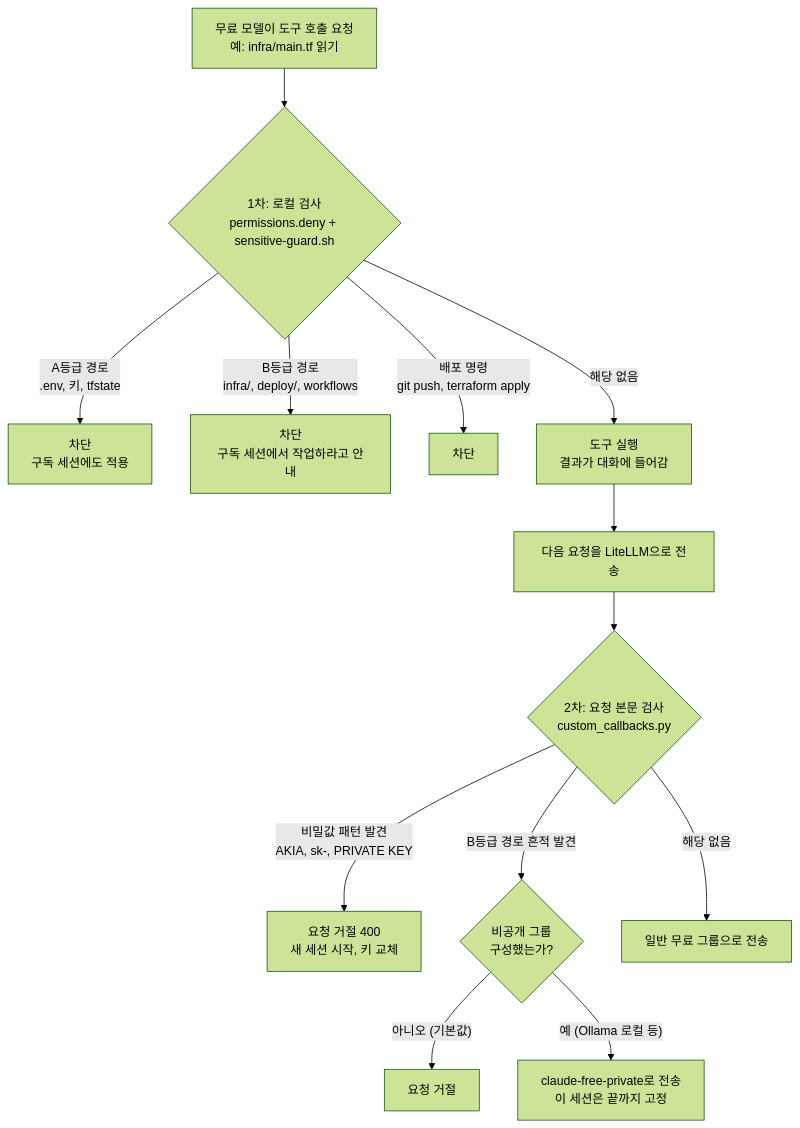
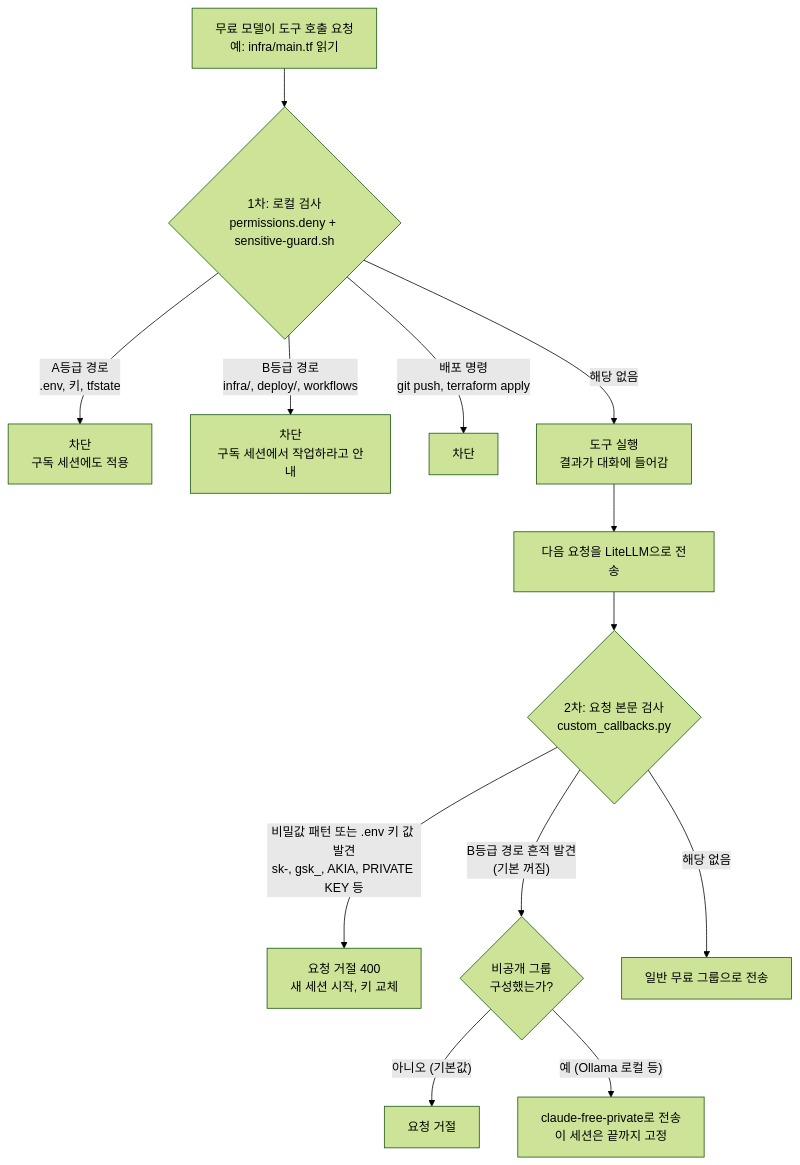
One commit to LonerStayle/claude-free-settings changed the second of 3 diagrams in OVERVIEW.md. Above: the diagram before and after it, drawn with Mermaid (forest theme). The commit also changed other lines of this file and 5 other files, not shown here.

````diff
--- a/OVERVIEW.md
+++ b/OVERVIEW.md
@@ -58,19 +61,19 @@
 ```mermaid
 flowchart TD
     A["무료 모델이 도구 호출 요청<br/>예: infra/main.tf 읽기"] --> B{"1차: 로컬 검사<br/>permissions.deny + sensitive-guard.sh"}
 
     B -- "A등급 경로<br/>.env, 키, tfstate" --> X1["차단<br/>구독 세션에도 적용"]
     B -- "B등급 경로<br/>infra/, deploy/, workflows" --> X2["차단<br/>구독 세션에서 작업하라고 안내"]
     B -- "배포 명령<br/>git push, terraform apply" --> X3["차단"]
     B -- "해당 없음" --> R["도구 실행<br/>결과가 대화에 들어감"]
 
     R --> P["다음 요청을 LiteLLM으로 전송"]
     P --> D{"2차: 요청 본문 검사<br/>custom_callbacks.py"}
 
-    D -- "비밀값 패턴 발견<br/>AKIA, sk-, PRIVATE KEY" --> Y1["요청 거절 400<br/>새 세션 시작, 키 교체"]
-    D -- "B등급 경로 흔적 발견" --> Y2{"비공개 그룹<br/>구성했는가?"}
+    D -- "비밀값 패턴 또는 .env 키 값 발견<br/>sk-, gsk_, AKIA, PRIVATE KEY 등" --> Y1["요청 거절 400<br/>새 세션 시작, 키 교체"]
+    D -- "B등급 경로 흔적 발견<br/>(기본 꺼짐)" --> Y2{"비공개 그룹<br/>구성했는가?"}
     D -- "해당 없음" --> OK["일반 무료 그룹으로 전송"]
 
     Y2 -- "아니오 (기본값)" --> Y3["요청 거절"]
     Y2 -- "예 (Ollama 로컬 등)" --> Y4["claude-free-private로 전송<br/>이 세션은 끝까지 고정"]
 ```
````
